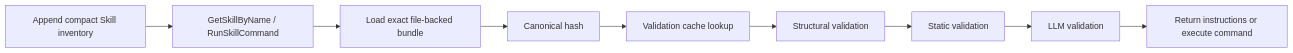
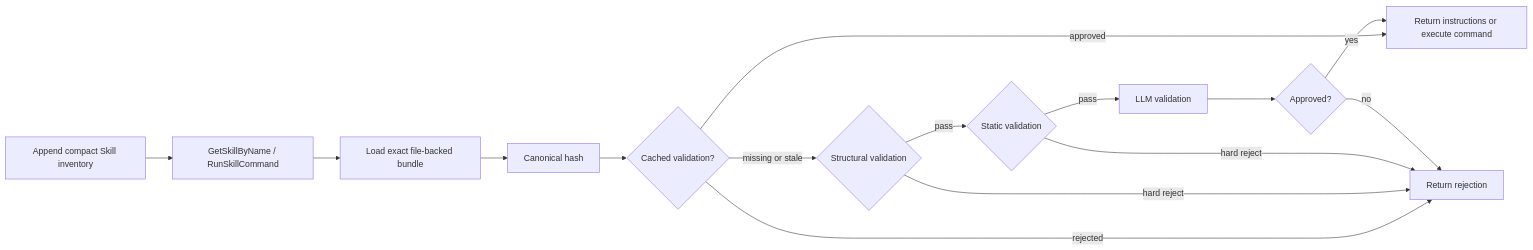
One commit to D00mch/souz changed the fifth of 5 diagrams in README.md. Above: the diagram before and after it, drawn with Mermaid. The commit also changed other lines of this file, not shown here.

````diff
--- a/README.md
+++ b/README.md
@@ -471,11 +471,17 @@
 ```mermaid
 flowchart LR
     inventory["Append compact Skill inventory"] --> lookup["GetSkillByName / RunSkillCommand"]
     lookup --> skillLoad["Load exact file-backed bundle"]
     skillLoad --> skillHash["Canonical hash"]
-    skillHash --> validationCache["Validation cache lookup"]
-    validationCache --> structuralValidation["Structural validation"]
-    structuralValidation --> staticValidation["Static validation"]
-    staticValidation --> llmValidation["LLM validation"]
-    llmValidation --> approval["Return instructions or execute command"]
+    skillHash --> validationCache{"Cached validation?"}
+    validationCache -->|approved| approval["Return instructions or execute command"]
+    validationCache -->|rejected| rejection["Return rejection"]
+    validationCache -->|missing or stale| structuralValidation{"Structural validation"}
+    structuralValidation -->|hard reject| rejection
+    structuralValidation -->|pass| staticValidation{"Static validation"}
+    staticValidation -->|hard reject| rejection
+    staticValidation -->|pass| llmValidation["LLM validation"]
+    llmValidation --> verdict{"Approved?"}
+    verdict -->|yes| approval
+    verdict -->|no| rejection
 ```
````
